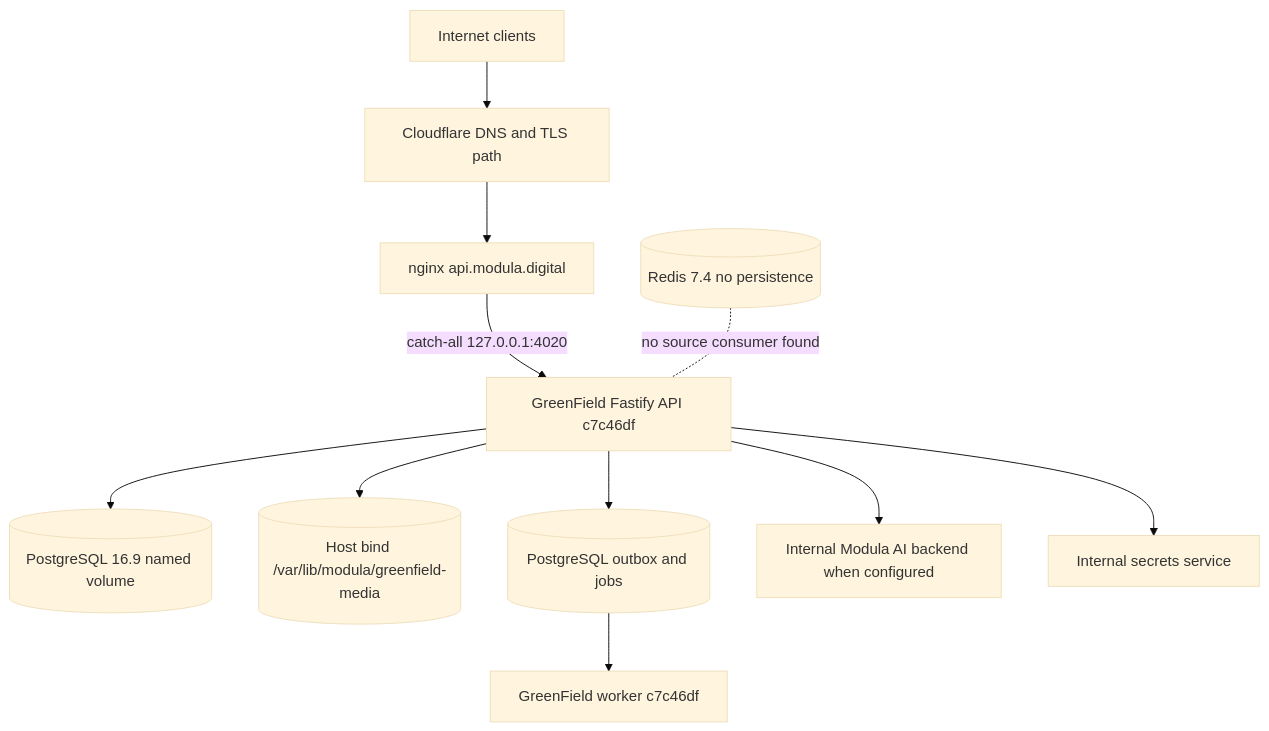
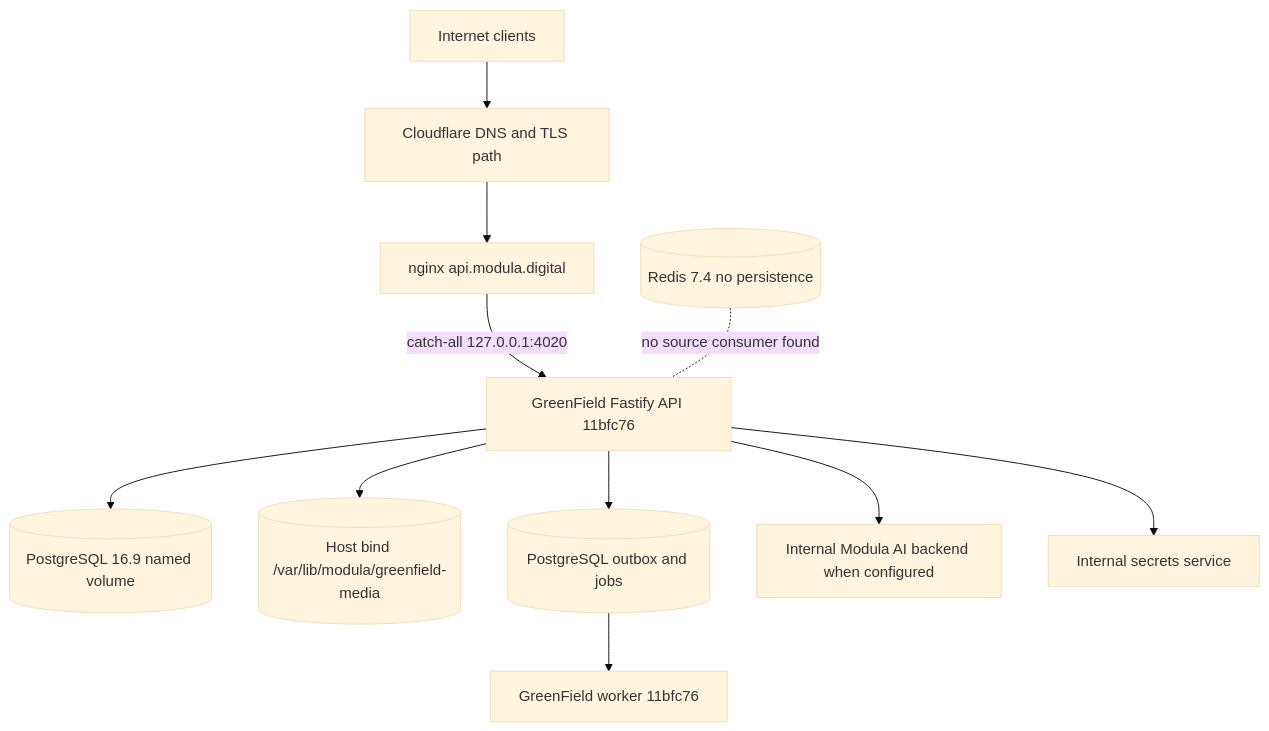
The diagram in docs/audits/api-atlas-01/00-production-truth.md (modula-mod/modula-latest), drawn with Mermaid (base theme) before and after one commit. The commit also changed other lines of this file and 20 other files, not shown here.

````diff
--- a/docs/audits/api-atlas-01/00-production-truth.md
+++ b/docs/audits/api-atlas-01/00-production-truth.md
@@ -32,13 +32,13 @@
 ```mermaid
 flowchart TD
   internet[Internet clients] --> dns[Cloudflare DNS and TLS path]
   dns --> nginx[nginx api.modula.digital]
-  nginx -->|catch-all 127.0.0.1:4020| api[GreenField Fastify API c7c46df]
+  nginx -->|catch-all 127.0.0.1:4020| api[GreenField Fastify API 11bfc76]
   api --> postgres[(PostgreSQL 16.9 named volume)]
   api --> media[(Host bind /var/lib/modula/greenfield-media)]
   api --> outbox[(PostgreSQL outbox and jobs)]
-  outbox --> worker[GreenField worker c7c46df]
+  outbox --> worker[GreenField worker 11bfc76]
   api --> ai[Internal Modula AI backend when configured]
   api --> secrets[Internal secrets service]
   redis[(Redis 7.4 no persistence)] -. no source consumer found .- api
 ```
````
